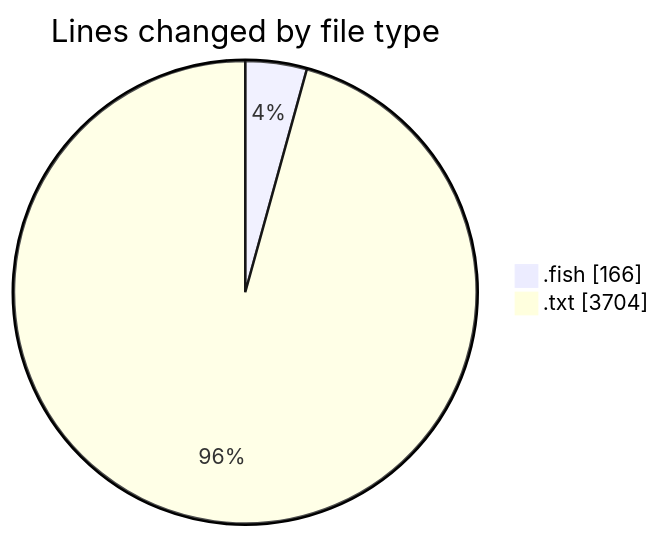
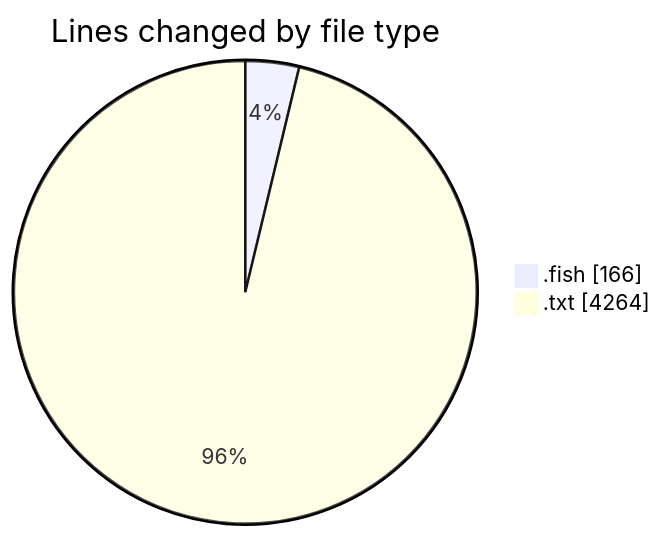
The first of 2 diagrams in 2025-07-21/fish/README.md (EIIisD/code-tracking), drawn with Mermaid before and after one commit. The commit also changed other lines of this file and 1 other file, not shown here.

````diff
--- a/2025-07-21/fish/README.md
+++ b/2025-07-21/fish/README.md
@@ -22,6 +22,6 @@
 ```mermaid
 pie showData
 title Lines changed by file type
 ".fish" : 166
-".txt" : 3704
+".txt" : 4264
 ```
````
